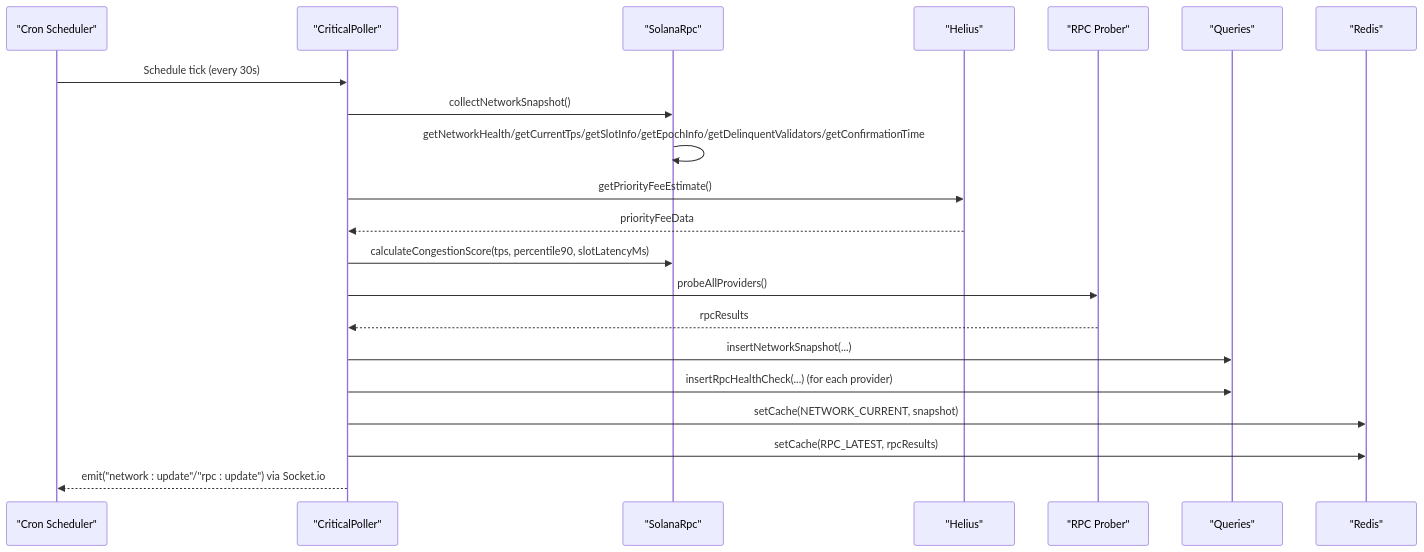
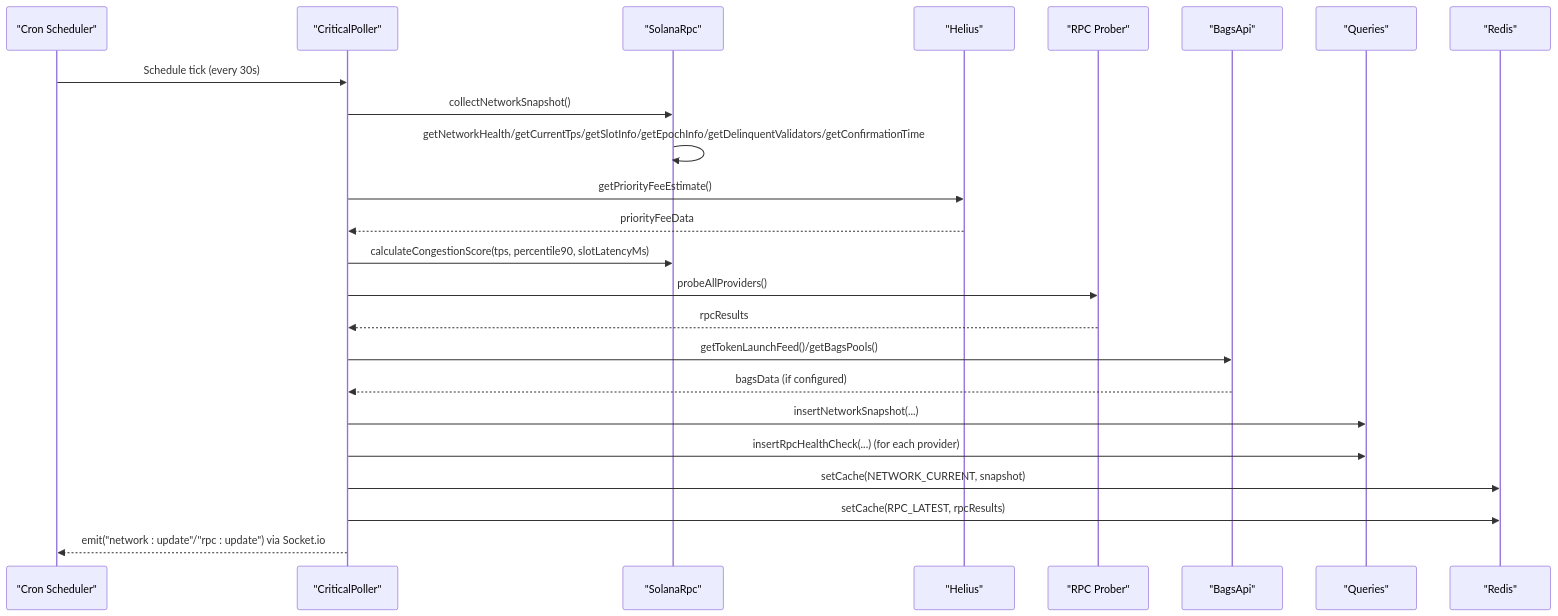
The second of 8 diagrams in .qoder/repowiki/en/content/Backend Architecture/Service Layer Architecture/Service Layer Architecture.md (RunTimeAdmin/InfraWatch), drawn with Mermaid before and after one commit. The commit also changed other lines of this file and 12 other files, not shown here.

````diff
--- a/.qoder/repowiki/en/content/Backend Architecture/Service Layer Architecture/Service Layer Architecture.md
+++ b/.qoder/repowiki/en/content/Backend Architecture/Service Layer Architecture/Service Layer Architecture.md
@@ -144,23 +163,26 @@
 ```mermaid
 sequenceDiagram
 participant Cron as "Cron Scheduler"
 participant CP as "CriticalPoller"
 participant SRPC as "SolanaRpc"
 participant SH as "Helius"
 participant PR as "RPC Prober"
+participant BA as "BagsApi"
 participant Q as "Queries"
 participant RD as "Redis"
 Cron->>CP : Schedule tick (every 30s)
 CP->>SRPC : collectNetworkSnapshot()
 SRPC->>SRPC : getNetworkHealth/getCurrentTps/getSlotInfo/getEpochInfo/getDelinquentValidators/getConfirmationTime
 CP->>SH : getPriorityFeeEstimate()
 SH-->>CP : priorityFeeData
 CP->>SRPC : calculateCongestionScore(tps, percentile90, slotLatencyMs)
 CP->>PR : probeAllProviders()
 PR-->>CP : rpcResults
+CP->>BA : getTokenLaunchFeed()/getBagsPools()
+BA-->>CP : bagsData (if configured)
 CP->>Q : insertNetworkSnapshot(...)
 CP->>Q : insertRpcHealthCheck(...) (for each provider)
 CP->>RD : setCache(NETWORK_CURRENT, snapshot)
 CP->>RD : setCache(RPC_LATEST, rpcResults)
 CP-->>Cron : emit("network : update"/"rpc : update") via Socket.io
 ```
````
